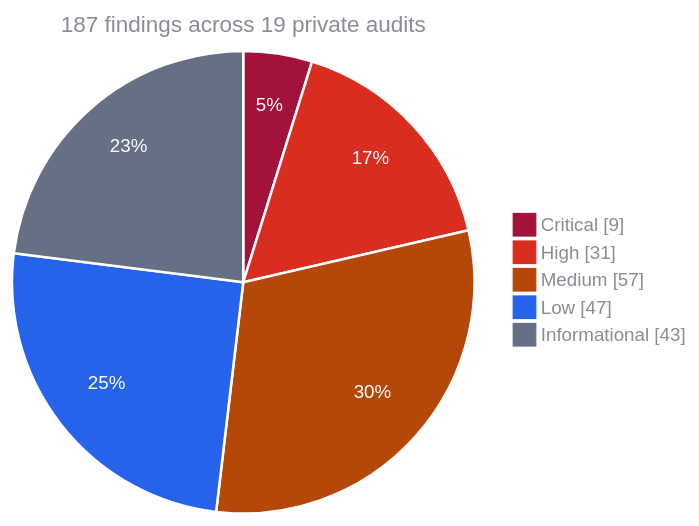
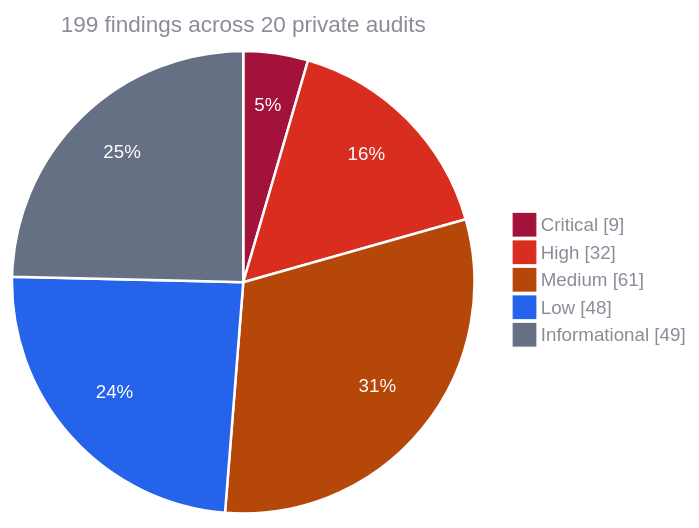
One commit to Kann-Audits/Kann-Audits changed the first of 2 diagrams in README.md. Above: the diagram before and after it, drawn with Mermaid. The commit also changed other lines of this file and 2 other files, not shown here.

Commit message:
Add APTree security review
Publish the APTree Earn report (April 2026) in PDF and Markdown, and
update the README row and findings totals.

````diff
--- a/README.md
+++ b/README.md
@@ -82,10 +82,10 @@
 ```mermaid
 %%{init: {"theme": "base", "themeVariables": {"pie1": "#a3123a", "pie2": "#d92d20", "pie3": "#b54708", "pie4": "#2563eb", "pie5": "#667085", "pieStrokeColor": "#ffffff", "pieStrokeWidth": "2px", "pieOuterStrokeWidth": "0px", "pieOpacity": "1", "pieSectionTextColor": "#ffffff", "pieSectionTextSize": "15px", "pieTitleTextColor": "#8b8b99", "pieTitleTextSize": "18px", "pieLegendTextColor": "#8b8b99", "pieLegendTextSize": "15px"}}}%%
 pie showData
-    title 187 findings across 19 private audits
+    title 199 findings across 20 private audits
     "Critical" : 9
-    "High" : 31
-    "Medium" : 57
-    "Low" : 47
-    "Informational" : 43
+    "High" : 32
+    "Medium" : 61
+    "Low" : 48
+    "Informational" : 49
 ```
````
